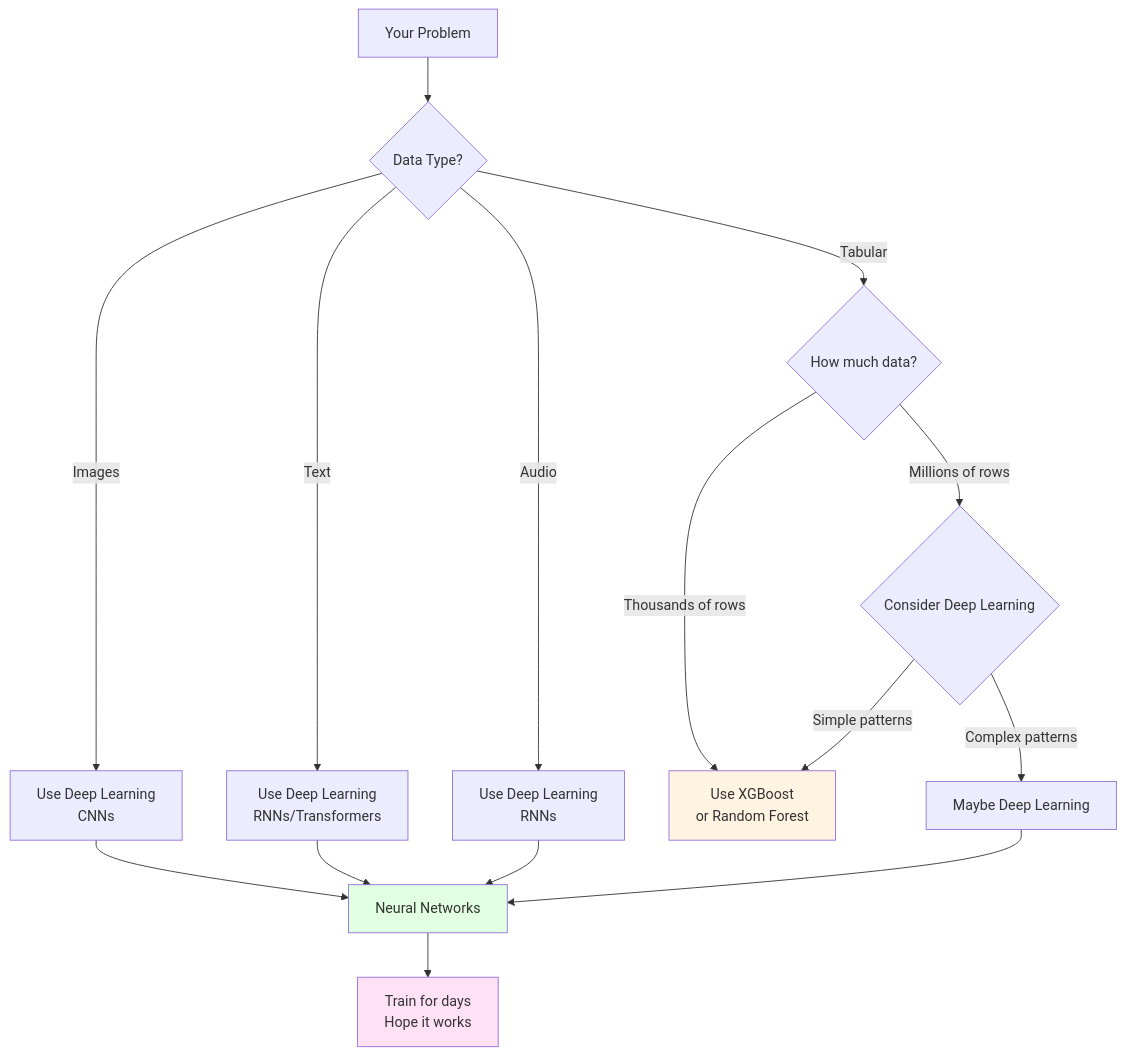
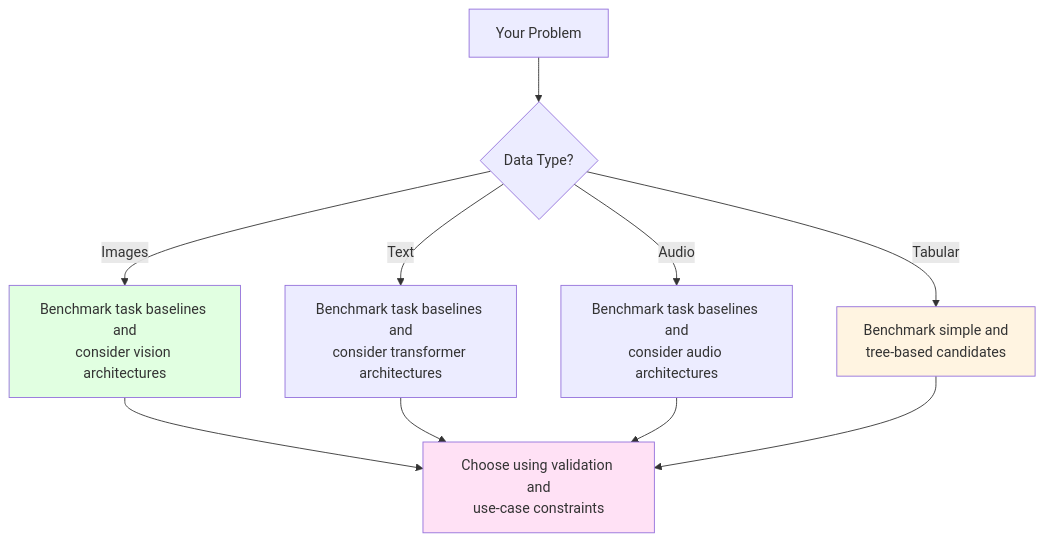
One commit to christopherseaman/datasci_217 changed the third of 3 diagrams in 10/README.md. Above: the diagram before and after it, drawn with Mermaid. The commit also changed other lines of this file and 2 other files, not shown here.

````diff
--- a/10/README.md
+++ b/10/README.md
@@ -733,21 +730,16 @@
 ```mermaid
 flowchart TD
     A[Your Problem] --> B{Data Type?}
-    B -->|Images| C[Use Deep Learning<br/>CNNs]
-    B -->|Text| D[Use Deep Learning<br/>RNNs/Transformers]
-    B -->|Audio| E[Use Deep Learning<br/>RNNs]
-    B -->|Tabular| F{How much data?}
-    F -->|Millions of rows| G{Consider Deep Learning}
-    F -->|Thousands of rows| H[Use XGBoost<br/>or Random Forest]
-    G -->|Complex patterns| I[Maybe Deep Learning]
-    G -->|Simple patterns| H
-    C --> J[Neural Networks]
-    D --> J
-    E --> J
-    I --> J
-    J --> K[Train for days<br/>Hope it works]
+    B -->|Images| C[Benchmark task baselines and<br/>consider vision architectures]
+    B -->|Text| D[Benchmark task baselines and<br/>consider transformer architectures]
+    B -->|Audio| E[Benchmark task baselines and<br/>consider audio architectures]
+    B -->|Tabular| F[Benchmark simple and<br/>tree-based candidates]
+    C --> G[Choose using validation and<br/>use-case constraints]
+    D --> G
+    E --> G
+    F --> G
     
-    style J fill:#e1ffe1
-    style H fill:#fff4e1
-    style K fill:#ffe1f5
+    style C fill:#e1ffe1
+    style F fill:#fff4e1
+    style G fill:#ffe1f5
 ```
````
